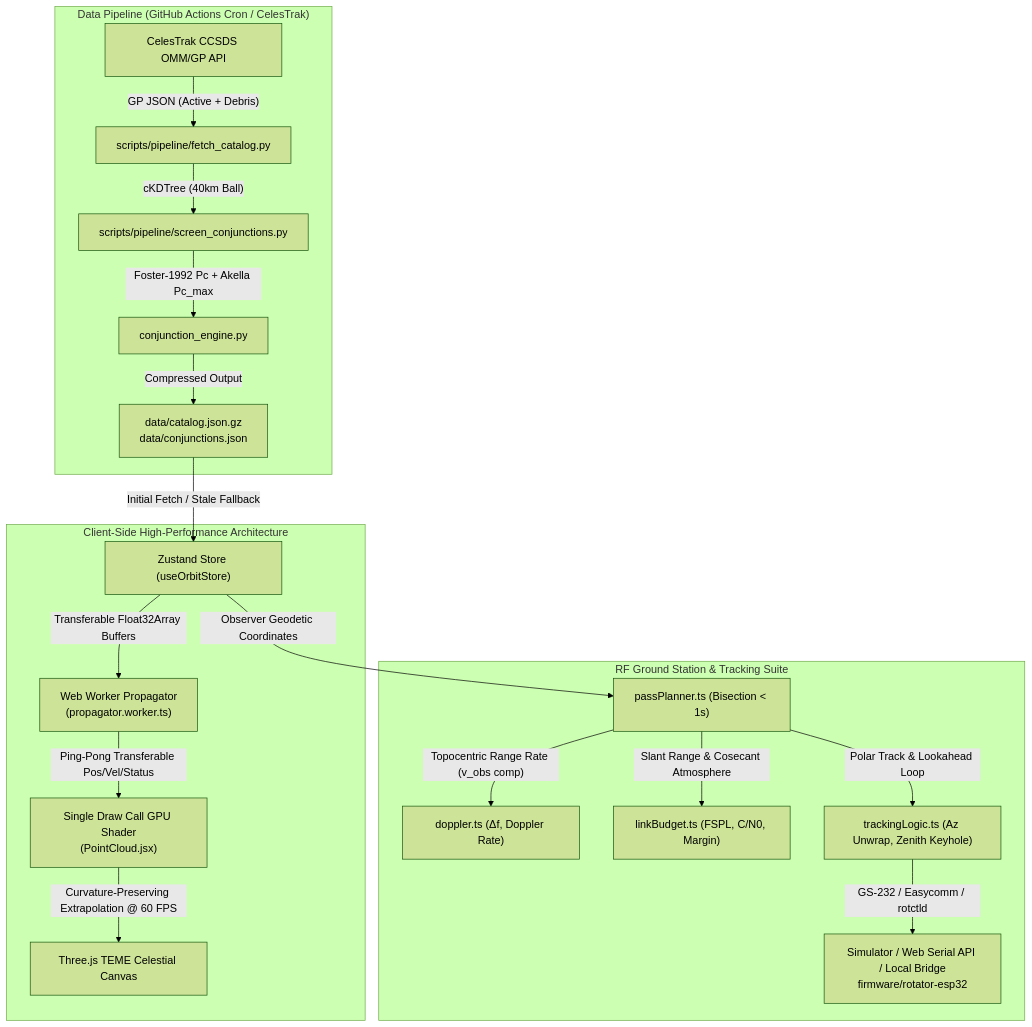
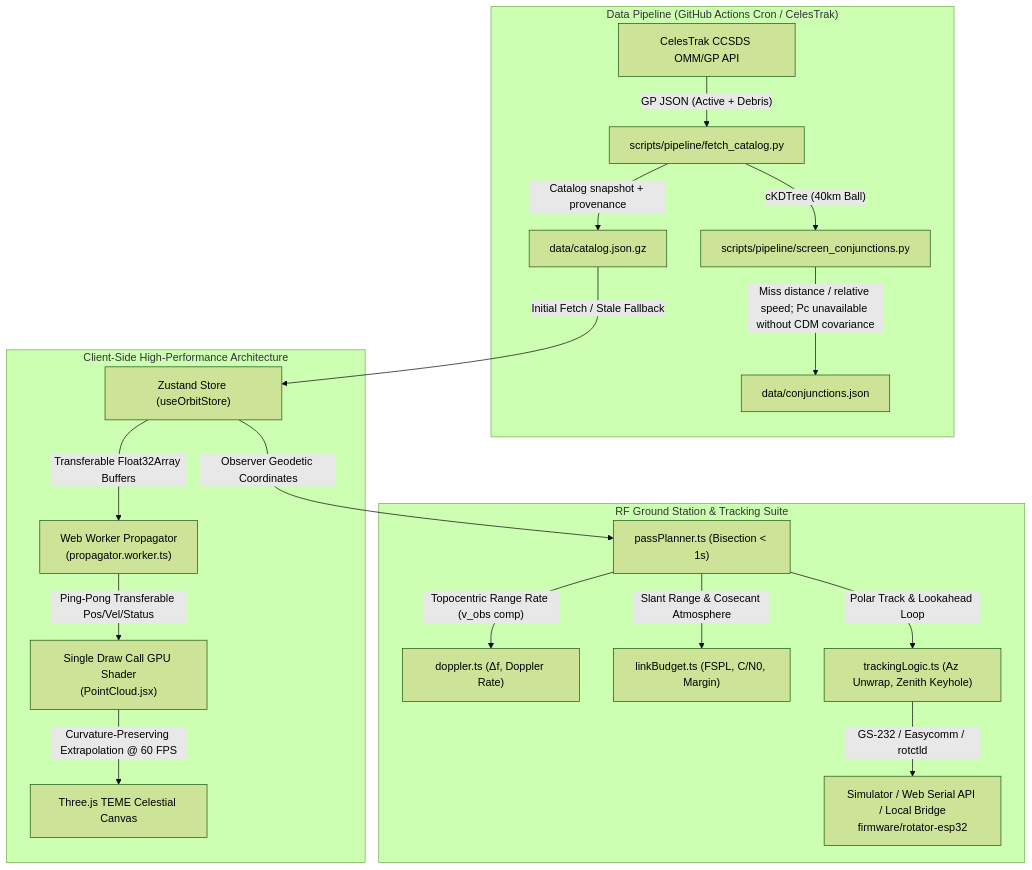
One commit to Hitesh070/ISRO-Orbit-Watch changed the diagram in README.md. Above: the diagram before and after it, drawn with Mermaid (forest theme). The commit also changed other lines of this file and 72 other files, not shown here.

````diff
--- a/README.md
+++ b/README.md
@@ -34,24 +37,24 @@
 ```mermaid
 flowchart TD
     subgraph Data_Pipeline ["Data Pipeline (GitHub Actions Cron / CelesTrak)"]
         CT["CelesTrak CCSDS OMM/GP API"] -->|"GP JSON (Active + Debris)"| Pipe["scripts/pipeline/fetch_catalog.py"]
         Pipe -->|"cKDTree (40km Ball)"| Screen["scripts/pipeline/screen_conjunctions.py"]
-        Screen -->|"Foster-1992 Pc + Akella Pc_max"| Conj["conjunction_engine.py"]
-        Conj -->|"Compressed Output"| Artifacts["data/catalog.json.gz<br/>data/conjunctions.json"]
+        Screen -->|"Miss distance / relative speed; Pc unavailable without CDM covariance"| Conj["data/conjunctions.json"]
+        Pipe -->|"Catalog snapshot + provenance"| Artifacts["data/catalog.json.gz"]
     end
 
     subgraph Client_Core ["Client-Side High-Performance Architecture"]
         Artifacts -->|"Initial Fetch / Stale Fallback"| Store["Zustand Store (useOrbitStore)"]
         Store -->|"Transferable Float32Array Buffers"| Worker["Web Worker Propagator<br/>(propagator.worker.ts)"]
         Worker -->|"Ping-Pong Transferable Pos/Vel/Status"| GPU["Single Draw Call GPU Shader<br/>(PointCloud.jsx)"]
         GPU -->|"Curvature-Preserving Extrapolation @ 60 FPS"| Canvas["Three.js TEME Celestial Canvas"]
     end
 
     subgraph RF_Hardware ["RF Ground Station & Tracking Suite"]
         Store -->|"Observer Geodetic Coordinates"| Pass["passPlanner.ts (Bisection < 1s)"]
         Pass -->|"Topocentric Range Rate (v_obs comp)"| Doppler["doppler.ts (Δf, Doppler Rate)"]
         Pass -->|"Slant Range & Cosecant Atmosphere"| Link["linkBudget.ts (FSPL, C/N0, Margin)"]
         Pass -->|"Polar Track & Lookahead Loop"| Track["trackingLogic.ts (Az Unwrap, Zenith Keyhole)"]
         Track -->|"GS-232 / Easycomm / rotctld"| Hardware["Simulator / Web Serial API / Local Bridge<br/>firmware/rotator-esp32"]
     end
 ```
````
